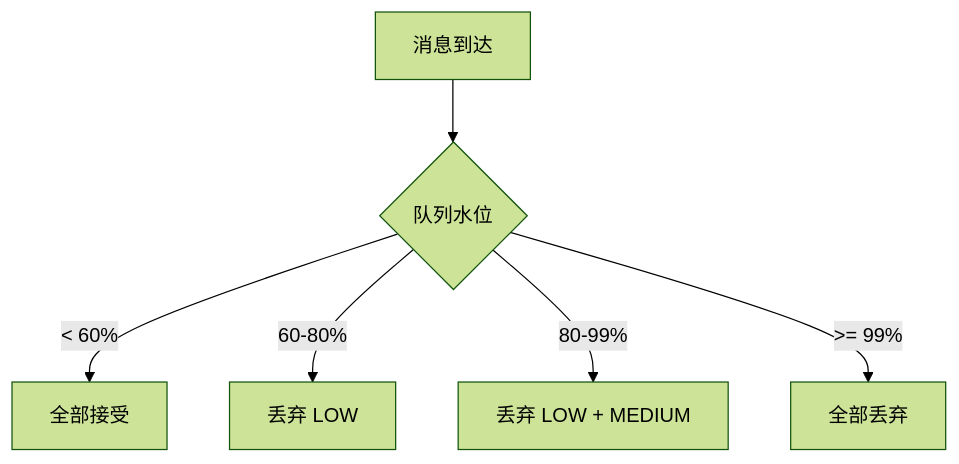
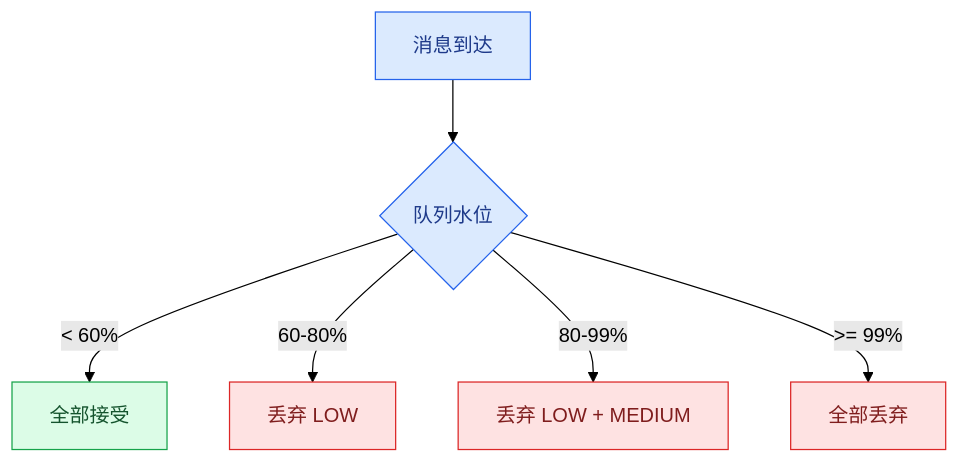
One commit to DeguiLiu/tech-notes changed the fourth of 9 diagrams in content/posts/architecture/embedded_streaming_data_architecture.md. Above: the diagram before and after it, drawn with Mermaid (forest theme). The commit also changed other lines of this file and 16 other files, not shown here.

First line of the commit message:
story-docs(blog): de-AI architecture and pattern posts, add project links

````diff
--- a/content/posts/architecture/embedded_streaming_data_architecture.md
+++ b/content/posts/architecture/embedded_streaming_data_architecture.md
@@ -179,8 +201,14 @@
 ```mermaid
 flowchart TB
     MSG["消息到达"] --> CHK{"队列水位"}
     CHK -->|"< 60%"| ACC["全部接受"]
     CHK -->|"60-80%"| DROP_L["丢弃 LOW"]
     CHK -->|"80-99%"| DROP_M["丢弃 LOW + MEDIUM"]
     CHK -->|">= 99%"| DROP_H["全部丢弃"]
+    classDef msg fill:#dbeafe,stroke:#2563eb,color:#1e3a8a
+    classDef ok fill:#dcfce7,stroke:#16a34a,color:#14532d
+    classDef drop fill:#fee2e2,stroke:#dc2626,color:#7f1d1d
+    class MSG,CHK msg
+    class ACC ok
+    class DROP_L,DROP_M,DROP_H drop
 ```
````
